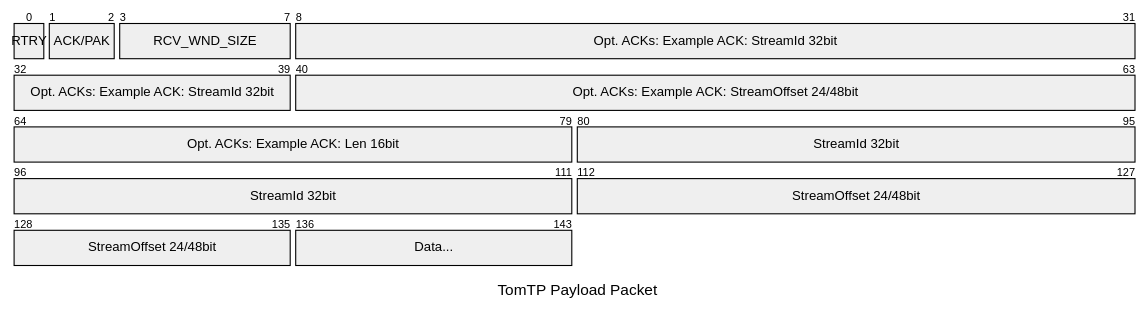
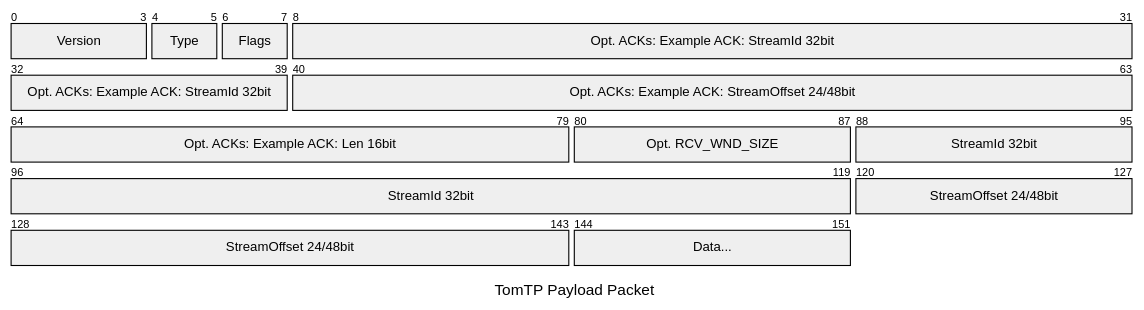
The eighth of 13 diagrams in Readme.md (tbocek/qotp), drawn with Mermaid before and after one commit. The commit also changed other lines of this file and 12 other files, not shown here.

````diff
--- a/Readme.md
+++ b/Readme.md
@@ -275,15 +275,16 @@
 ```mermaid
 ---
 title: "TomTP Payload Packet"
 ---
 packet-beta
-  0: "RTRY"
-  1-2: "ACK/PAK"
-  3-7: "RCV_WND_SIZE" 
+  0-3: "Version"
+  4-5: "Type"
+  6-7: "Flags"
   8-39: "Opt. ACKs: Example ACK: StreamId 32bit"
   40-63: "Opt. ACKs: Example ACK: StreamOffset 24/48bit"
   64-79: "Opt. ACKs: Example ACK: Len 16bit"
-  80-111: "StreamId 32bit"
-  112-135: "StreamOffset 24/48bit"
-  136-143: "Data..."
+  80-87: "Opt. RCV_WND_SIZE"
+  88-119: "StreamId 32bit"
+  120-143: "StreamOffset 24/48bit"
+  144-151: "Data..."
 ```
````
